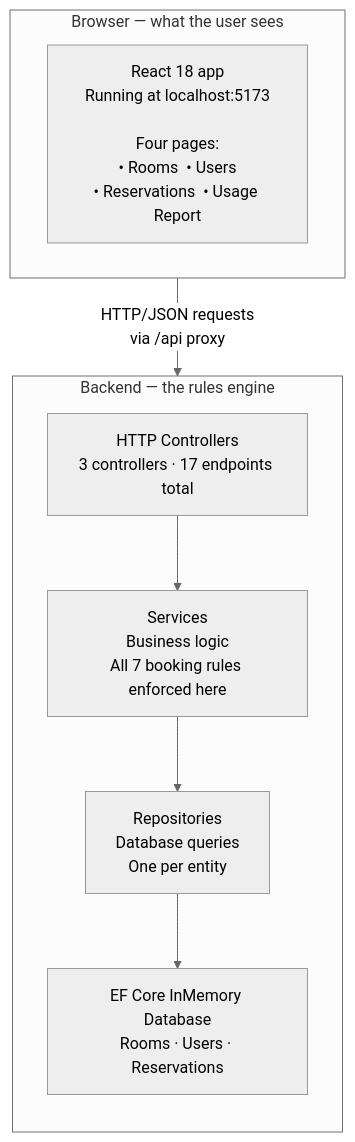
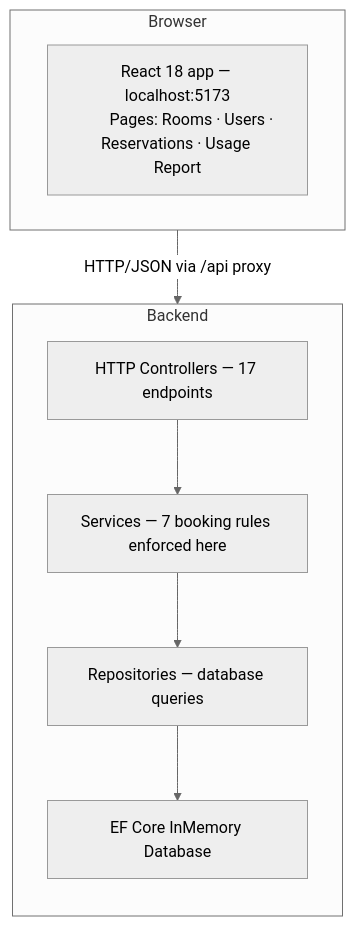
Before and after one commit to Amith-Ganta/room-reservation-system: the third of 10 diagrams in README.md, drawn with Mermaid (neutral theme). The commit also changed other lines of this file and 1 other file, not shown here.

First line of the commit message:
fix: remove \n from all mermaid diagrams for GitHub rendering

````diff
--- a/README.md
+++ b/README.md
@@ -57,17 +56,18 @@
 ```mermaid
 flowchart TB
-    subgraph Browser["Browser — what the user sees"]
-        FE["React 18 app\nRunning at localhost:5173\n\nFour pages:\n• Rooms  • Users\n• Reservations  • Usage Report"]
+    subgraph Browser["Browser"]
+        FE["React 18 app — localhost:5173
+        Pages: Rooms · Users · Reservations · Usage Report"]
     end
 
-    subgraph API["Backend — the rules engine"]
+    subgraph API["Backend"]
         direction TB
-        C["HTTP Controllers\n3 controllers · 17 endpoints total"]
-        S["Services\nBusiness logic\nAll 7 booking rules enforced here"]
-        R["Repositories\nDatabase queries\nOne per entity"]
-        DB["EF Core InMemory Database\nRooms · Users · Reservations"]
+        C["HTTP Controllers — 17 endpoints"]
+        S["Services — 7 booking rules enforced here"]
+        R["Repositories — database queries"]
+        DB["EF Core InMemory Database"]
         C --> S --> R --> DB
     end
 
-    Browser -- "HTTP/JSON requests\nvia /api proxy" --> API
+    Browser -- "HTTP/JSON via /api proxy" --> API
 ```
````
